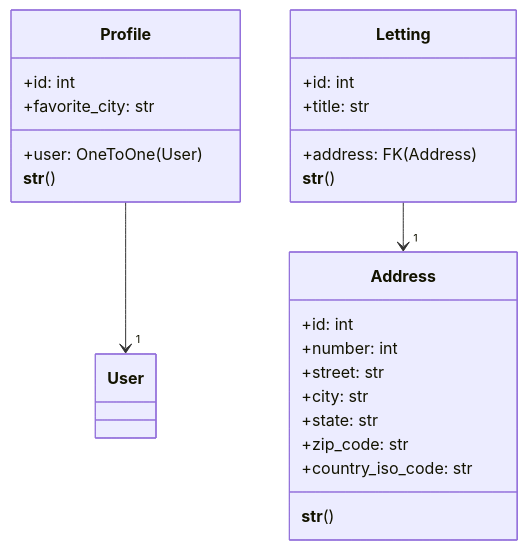
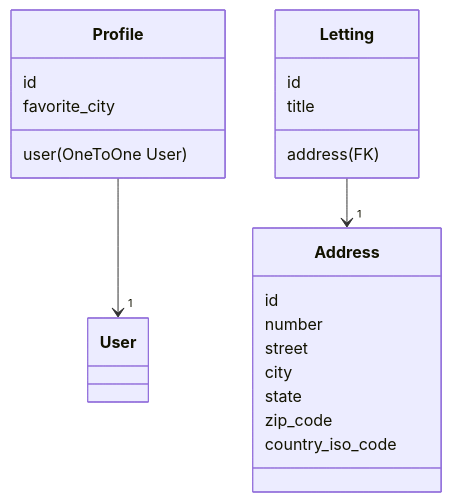
One commit to VincentDesmouceaux/P13_Python-OC-Lettings-FR changed the diagram in docs/source/database.rst. Above: the diagram before and after it, drawn with Mermaid. The commit also changed other lines of this file and 11 other files, not shown here.

```diff
--- a/docs/source/database.rst
+++ b/docs/source/database.rst
@@ -7,31 +7,28 @@
 .. mermaid::
-   :caption: Modèle conceptuel simplifié
+   :caption: Modèle conceptuel
 
    classDiagram
      class Profile {
-       +id: int
-       +user: OneToOne(User)
-       +favorite_city: str
-       __str__()
+       id
+       user (OneToOne User)
+       favorite_city
      }
 
      class Address {
-       +id: int
-       +number: int
-       +street: str
-       +city: str
-       +state: str
-       +zip_code: str
-       +country_iso_code: str
-       __str__()
+       id
+       number
+       street
+       city
+       state
+       zip_code
+       country_iso_code
      }
 
      class Letting {
-       +id: int
-       +title: str
-       +address: FK(Address)
-       __str__()
+       id
+       title
+       address (FK)
      }
 
      Profile --> "1" User
      Letting --> "1" Address
```
